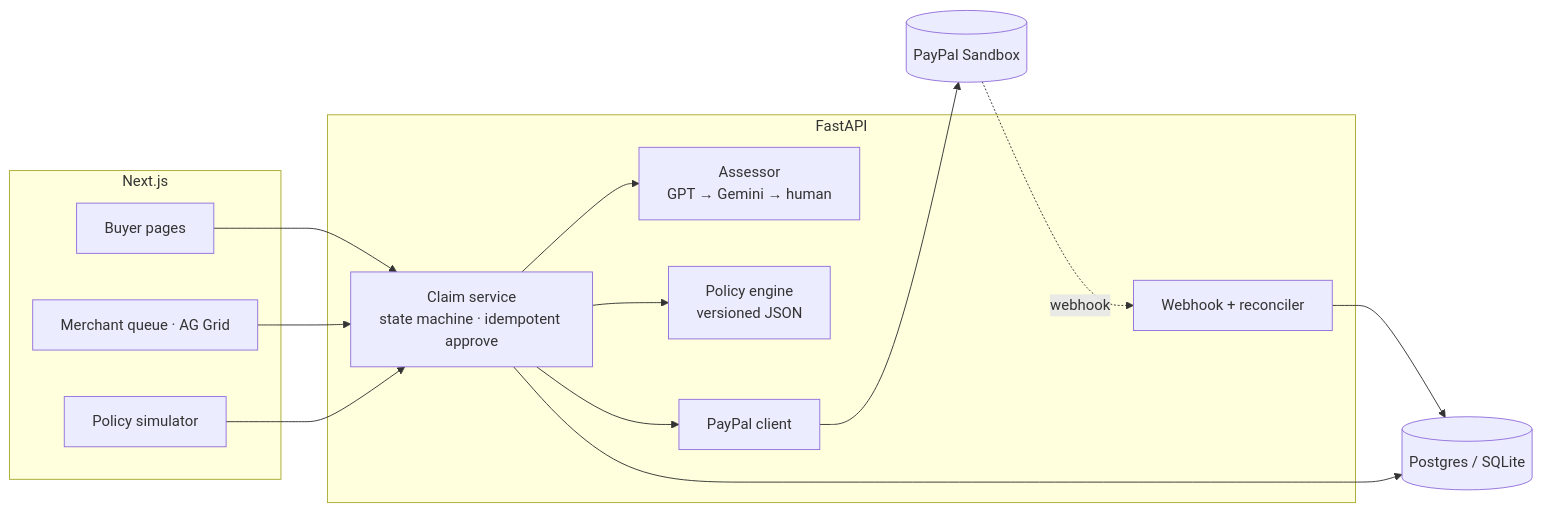
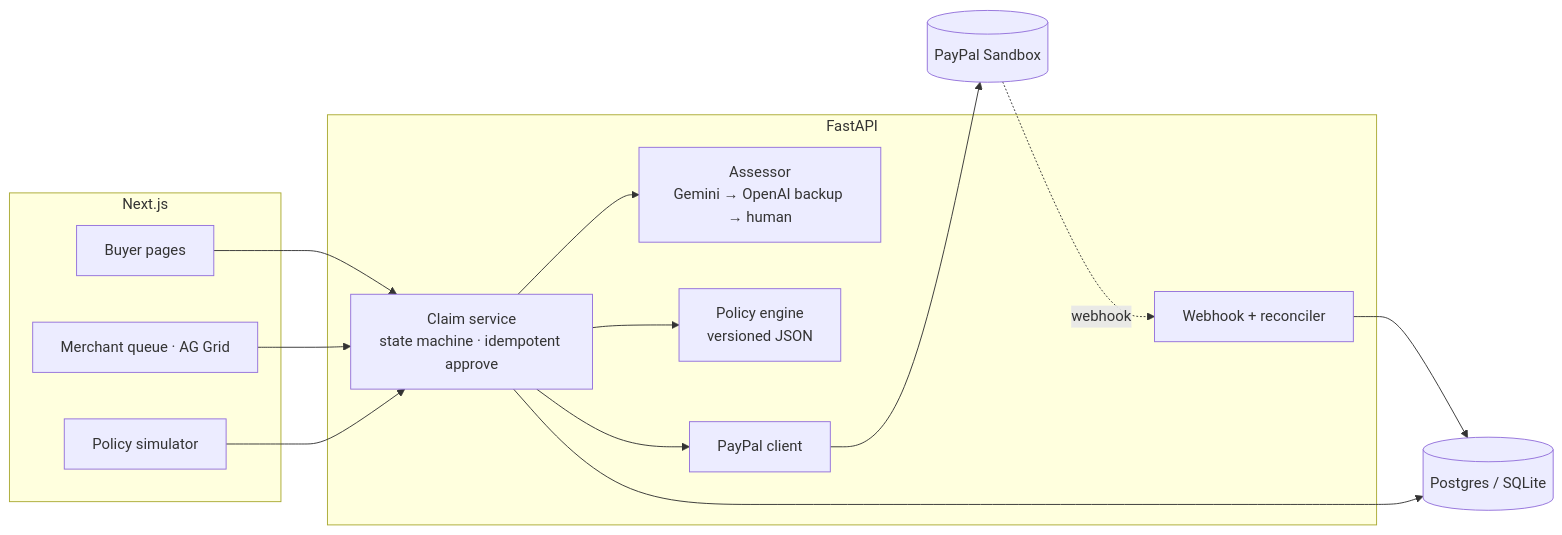
One commit to gujguygfuiyf/refundpilot changed the diagram in README.md. Above: the diagram before and after it, drawn with Mermaid. The commit also changed other lines of this file and 32 other files, not shown here.

````diff
--- a/README.md
+++ b/README.md
@@ -46,22 +46,22 @@
 ```mermaid
 flowchart LR
     subgraph Web["Next.js"]
         B[Buyer pages]
         M[Merchant queue · AG Grid]
         S[Policy simulator]
     end
     subgraph API["FastAPI"]
         CS[Claim service<br/>state machine · idempotent approve]
-        AI[Assessor<br/>GPT → Gemini → human]
+        AI[Assessor<br/>Gemini → OpenAI backup → human]
         PE[Policy engine<br/>versioned JSON]
         PP[PayPal client]
         WH[Webhook + reconciler]
     end
     DB[(Postgres / SQLite)]
     B & M & S --> CS
     CS --> AI
     CS --> PE
     CS --> PP --> PAYPAL[(PayPal Sandbox)]
     PAYPAL -. webhook .-> WH --> DB
     CS --> DB
 ```
````
